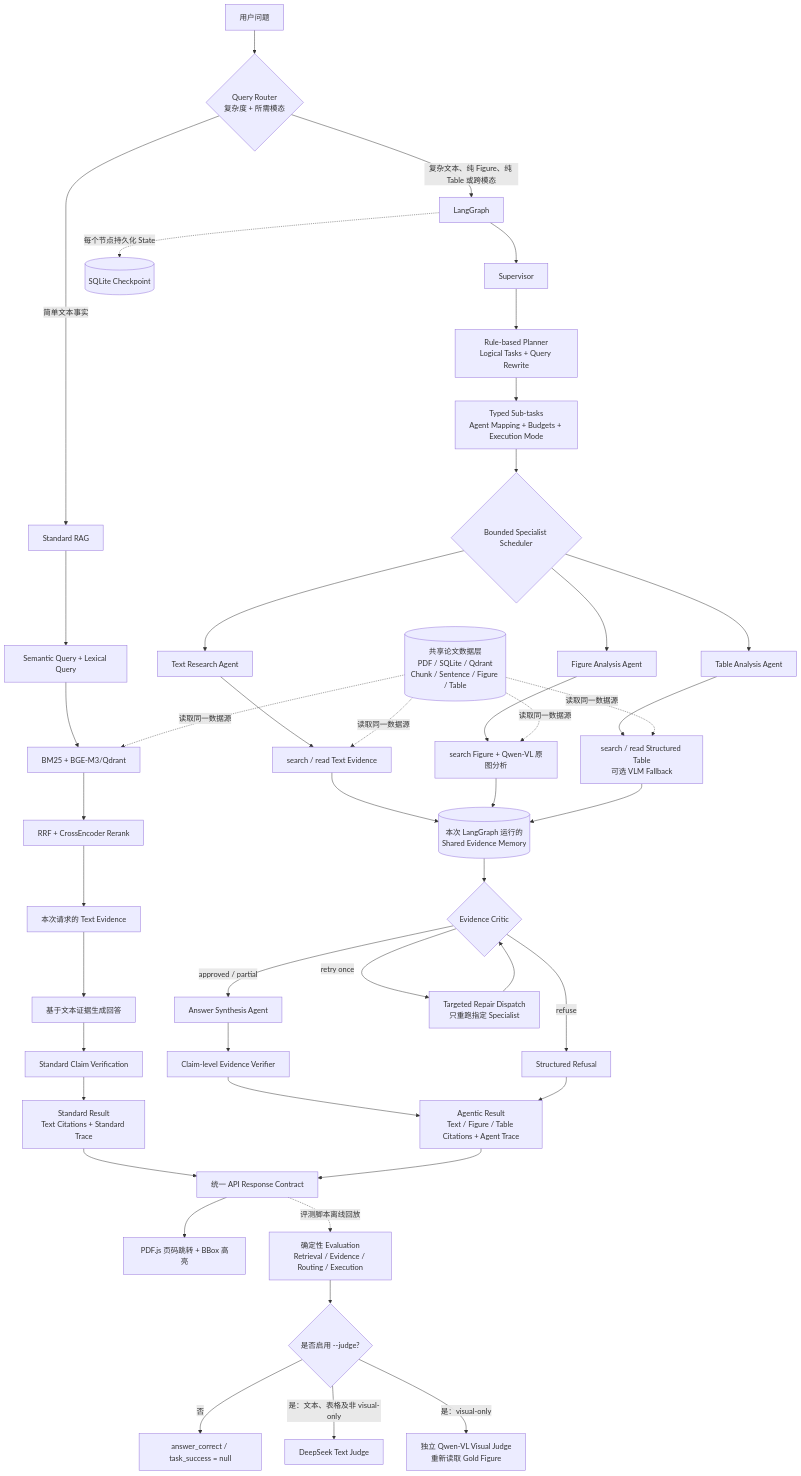
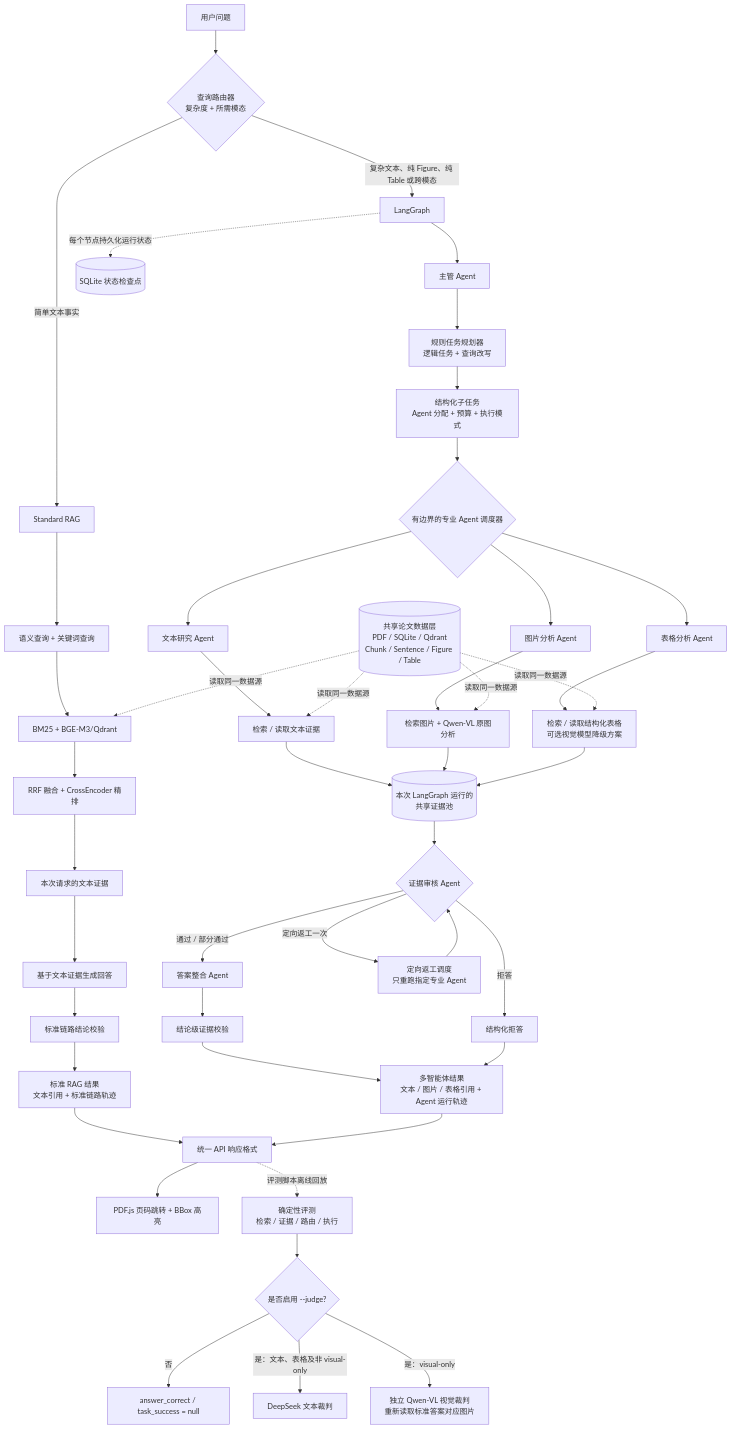
One commit to jiuBABY6/Paperlens changed the second of 2 diagrams in README.md. Above: the diagram before and after it, drawn with Mermaid.

Commit message:
docs: localize multi-agent workflow diagram

````diff
--- a/README.md
+++ b/README.md
@@ -63,58 +63,58 @@
 ```mermaid
 flowchart TD
-    QUESTION[用户问题] --> ROUTER{Query Router<br/>复杂度 + 所需模态}
+    QUESTION[用户问题] --> ROUTER{查询路由器<br/>复杂度 + 所需模态}
 
     DATA[(共享论文数据层<br/>PDF / SQLite / Qdrant<br/>Chunk / Sentence / Figure / Table)]
 
     ROUTER -->|简单文本事实| STANDARD[Standard RAG]
-    STANDARD --> QUERY_PLAN[Semantic Query + Lexical Query]
+    STANDARD --> QUERY_PLAN[语义查询 + 关键词查询]
     QUERY_PLAN --> TEXT_SEARCH[BM25 + BGE-M3/Qdrant]
-    TEXT_SEARCH --> FUSION[RRF + CrossEncoder Rerank]
+    TEXT_SEARCH --> FUSION[RRF 融合 + CrossEncoder 精排]
     DATA -. 读取同一数据源 .-> TEXT_SEARCH
-    FUSION --> STANDARD_EVIDENCE[本次请求的 Text Evidence]
+    FUSION --> STANDARD_EVIDENCE[本次请求的文本证据]
     STANDARD_EVIDENCE --> STANDARD_ANSWER[基于文本证据生成回答]
-    STANDARD_ANSWER --> STANDARD_VERIFY[Standard Claim Verification]
-    STANDARD_VERIFY --> STANDARD_RESULT[Standard Result<br/>Text Citations + Standard Trace]
+    STANDARD_ANSWER --> STANDARD_VERIFY[标准链路结论校验]
+    STANDARD_VERIFY --> STANDARD_RESULT[标准 RAG 结果<br/>文本引用 + 标准链路轨迹]
 
     ROUTER -->|复杂文本、纯 Figure、纯 Table 或跨模态| GRAPH[LangGraph]
-    GRAPH --> SUPERVISOR[Supervisor]
-    SUPERVISOR --> PLANNER[Rule-based Planner<br/>Logical Tasks + Query Rewrite]
-    PLANNER --> PLAN[Typed Sub-tasks<br/>Agent Mapping + Budgets + Execution Mode]
-    PLAN --> DISPATCH{Bounded Specialist Scheduler}
+    GRAPH --> SUPERVISOR[主管 Agent]
+    SUPERVISOR --> PLANNER[规则任务规划器<br/>逻辑任务 + 查询改写]
+    PLANNER --> PLAN[结构化子任务<br/>Agent 分配 + 预算 + 执行模式]
+    PLAN --> DISPATCH{有边界的专业 Agent 调度器}
 
-    DISPATCH --> TEXT_AGENT[Text Research Agent]
-    DISPATCH --> FIGURE_AGENT[Figure Analysis Agent]
-    DISPATCH --> TABLE_AGENT[Table Analysis Agent]
+    DISPATCH --> TEXT_AGENT[文本研究 Agent]
+    DISPATCH --> FIGURE_AGENT[图片分析 Agent]
+    DISPATCH --> TABLE_AGENT[表格分析 Agent]
 
-    TEXT_AGENT --> TEXT_TOOLS[search / read Text Evidence]
-    FIGURE_AGENT --> FIGURE_TOOLS[search Figure + Qwen-VL 原图分析]
-    TABLE_AGENT --> TABLE_TOOLS[search / read Structured Table<br/>可选 VLM Fallback]
+    TEXT_AGENT --> TEXT_TOOLS[检索 / 读取文本证据]
+    FIGURE_AGENT --> FIGURE_TOOLS[检索图片 + Qwen-VL 原图分析]
+    TABLE_AGENT --> TABLE_TOOLS[检索 / 读取结构化表格<br/>可选视觉模型降级方案]
     DATA -. 读取同一数据源 .-> TEXT_TOOLS
     DATA -. 读取同一数据源 .-> FIGURE_TOOLS
     DATA -. 读取同一数据源 .-> TABLE_TOOLS
 
-    TEXT_TOOLS --> MEMORY[(本次 LangGraph 运行的<br/>Shared Evidence Memory)]
+    TEXT_TOOLS --> MEMORY[(本次 LangGraph 运行的<br/>共享证据池)]
     FIGURE_TOOLS --> MEMORY
     TABLE_TOOLS --> MEMORY
-    MEMORY --> CRITIC{Evidence Critic}
+    MEMORY --> CRITIC{证据审核 Agent}
 
-    CRITIC -->|approved / partial| ANSWER[Answer Synthesis Agent]
-    CRITIC -->|retry once| REPAIR[Targeted Repair Dispatch<br/>只重跑指定 Specialist]
+    CRITIC -->|通过 / 部分通过| ANSWER[答案整合 Agent]
+    CRITIC -->|定向返工一次| REPAIR[定向返工调度<br/>只重跑指定专业 Agent]
     REPAIR --> CRITIC
-    CRITIC -->|refuse| REFUSAL[Structured Refusal]
+    CRITIC -->|拒答| REFUSAL[结构化拒答]
 
-    ANSWER --> VERIFY[Claim-level Evidence Verifier]
-    VERIFY --> AGENT_RESULT[Agentic Result<br/>Text / Figure / Table Citations + Agent Trace]
+    ANSWER --> VERIFY[结论级证据校验]
+    VERIFY --> AGENT_RESULT[多智能体结果<br/>文本 / 图片 / 表格引用 + Agent 运行轨迹]
     REFUSAL --> AGENT_RESULT
 
-    STANDARD_RESULT --> API[统一 API Response Contract]
+    STANDARD_RESULT --> API[统一 API 响应格式]
     AGENT_RESULT --> API
     API --> UI[PDF.js 页码跳转 + BBox 高亮]
-    API -. 评测脚本离线回放 .-> EVAL[确定性 Evaluation<br/>Retrieval / Evidence / Routing / Execution]
+    API -. 评测脚本离线回放 .-> EVAL[确定性评测<br/>检索 / 证据 / 路由 / 执行]
     EVAL --> JUDGE_GATE{是否启用 --judge?}
     JUDGE_GATE -->|否| NO_JUDGE[answer_correct / task_success = null]
-    JUDGE_GATE -->|是：文本、表格及非 visual-only| TEXT_JUDGE[DeepSeek Text Judge]
-    JUDGE_GATE -->|是：visual-only| VISUAL_JUDGE[独立 Qwen-VL Visual Judge<br/>重新读取 Gold Figure]
+    JUDGE_GATE -->|是：文本、表格及非 visual-only| TEXT_JUDGE[DeepSeek 文本裁判]
+    JUDGE_GATE -->|是：visual-only| VISUAL_JUDGE[独立 Qwen-VL 视觉裁判<br/>重新读取标准答案对应图片]
 
-    GRAPH -. 每个节点持久化 State .-> CHECKPOINT[(SQLite Checkpoint)]
+    GRAPH -. 每个节点持久化运行状态 .-> CHECKPOINT[(SQLite 状态检查点)]
 ```
````
